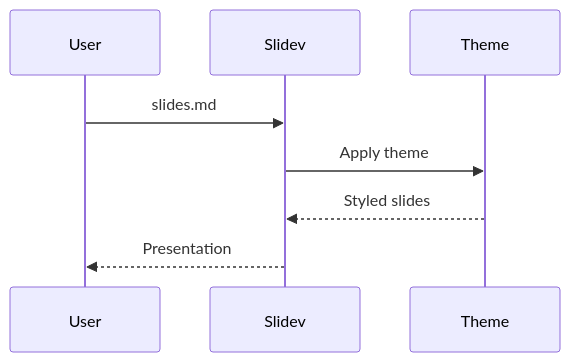
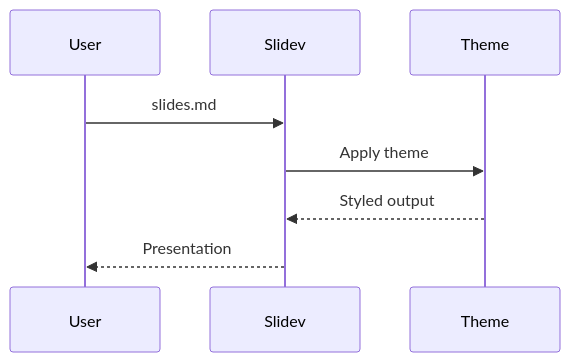
One commit to Paroxysmisch/slidev-theme changed the second of 2 diagrams in slides.md. Above: the diagram before and after it, drawn with Mermaid. The commit also changed other lines of this file and 12 other files, not shown here.

````diff
--- a/slides.md
+++ b/slides.md
@@ -186,10 +181,10 @@
 ```mermaid {scale: 0.7}
 sequenceDiagram
     participant U as User
     participant S as Slidev
     participant T as Theme
     U->>S: slides.md
     S->>T: Apply theme
-    T-->>S: Styled slides
+    T-->>S: Styled output
     S-->>U: Presentation
 ```
````
